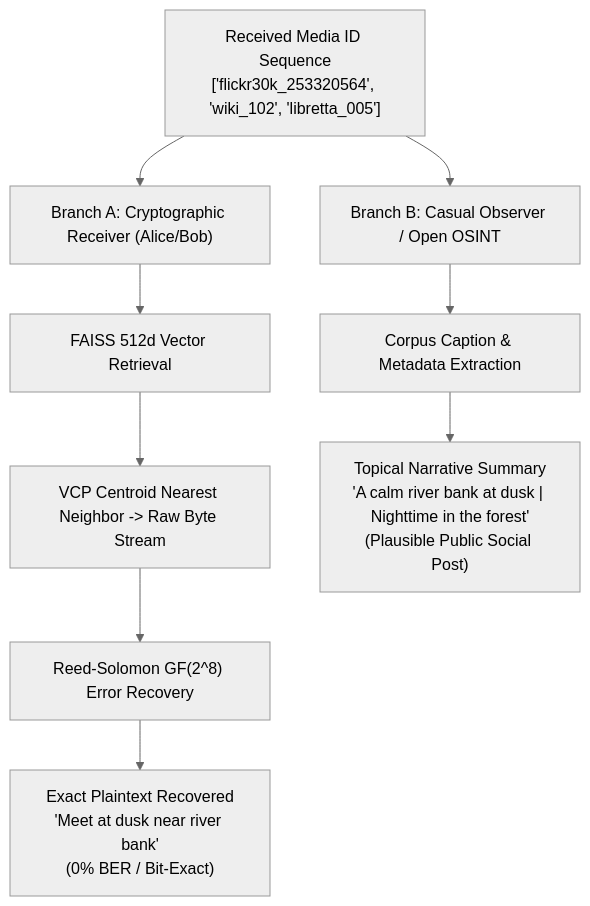
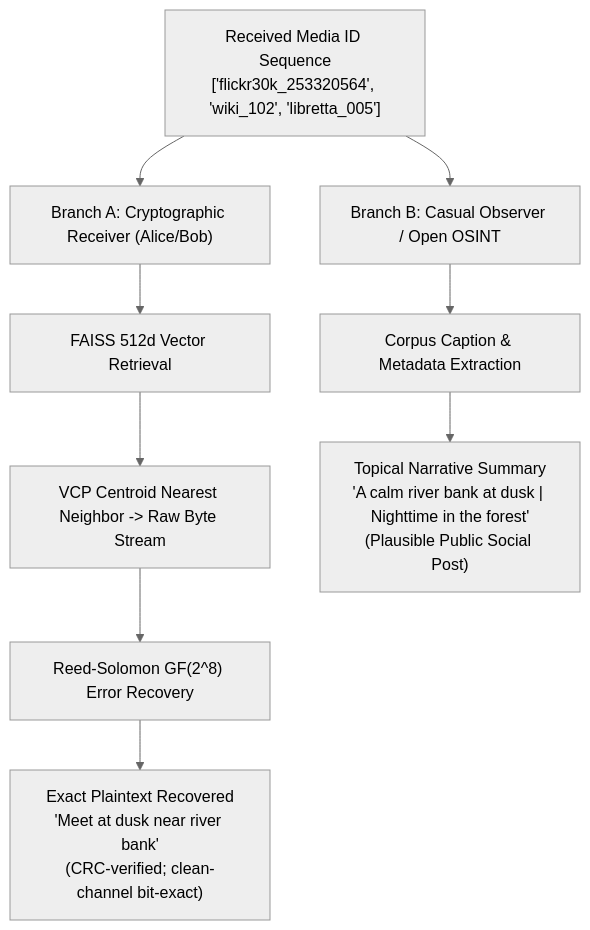
The second of 2 diagrams in docs/modules/04_SEMANTIC_CHUNKING_AND_CARRIER_SELECTION.md (jeevan4476/DCASS), drawn with Mermaid (neutral theme) before and after one commit. The commit also changed other lines of this file and 271 other files, not shown here.

````diff
--- a/docs/modules/04_SEMANTIC_CHUNKING_AND_CARRIER_SELECTION.md
+++ b/docs/modules/04_SEMANTIC_CHUNKING_AND_CARRIER_SELECTION.md
@@ -244,15 +244,15 @@
 ```mermaid
 flowchart TD
     ReceivedIDs["Received Media ID Sequence\n['flickr30k_253320564', 'wiki_102', 'libretta_005']"]
     
     ReceivedIDs --> PathA["Branch A: Cryptographic Receiver (Alice/Bob)"]
     ReceivedIDs --> PathB["Branch B: Casual Observer / Open OSINT"]
     
     PathA --> FAISSVectorLookup["FAISS 512d Vector Retrieval"]
     FAISSVectorLookup --> VCPCentroid["VCP Centroid Nearest Neighbor -> Raw Byte Stream"]
     VCPCentroid --> RSECC["Reed-Solomon GF(2^8) Error Recovery"]
-    RSECC --> ExactPlaintext["Exact Plaintext Recovered\n'Meet at dusk near river bank'\n(0% BER / Bit-Exact)"]
+    RSECC --> ExactPlaintext["Exact Plaintext Recovered\n'Meet at dusk near river bank'\n(CRC-verified; clean-channel bit-exact)"]
     
     PathB --> MetadataLookup["Corpus Caption & Metadata Extraction"]
     MetadataLookup --> SemanticGist["Topical Narrative Summary\n'A calm river bank at dusk | Nighttime in the forest'\n(Plausible Public Social Post)"]
 ```
````
